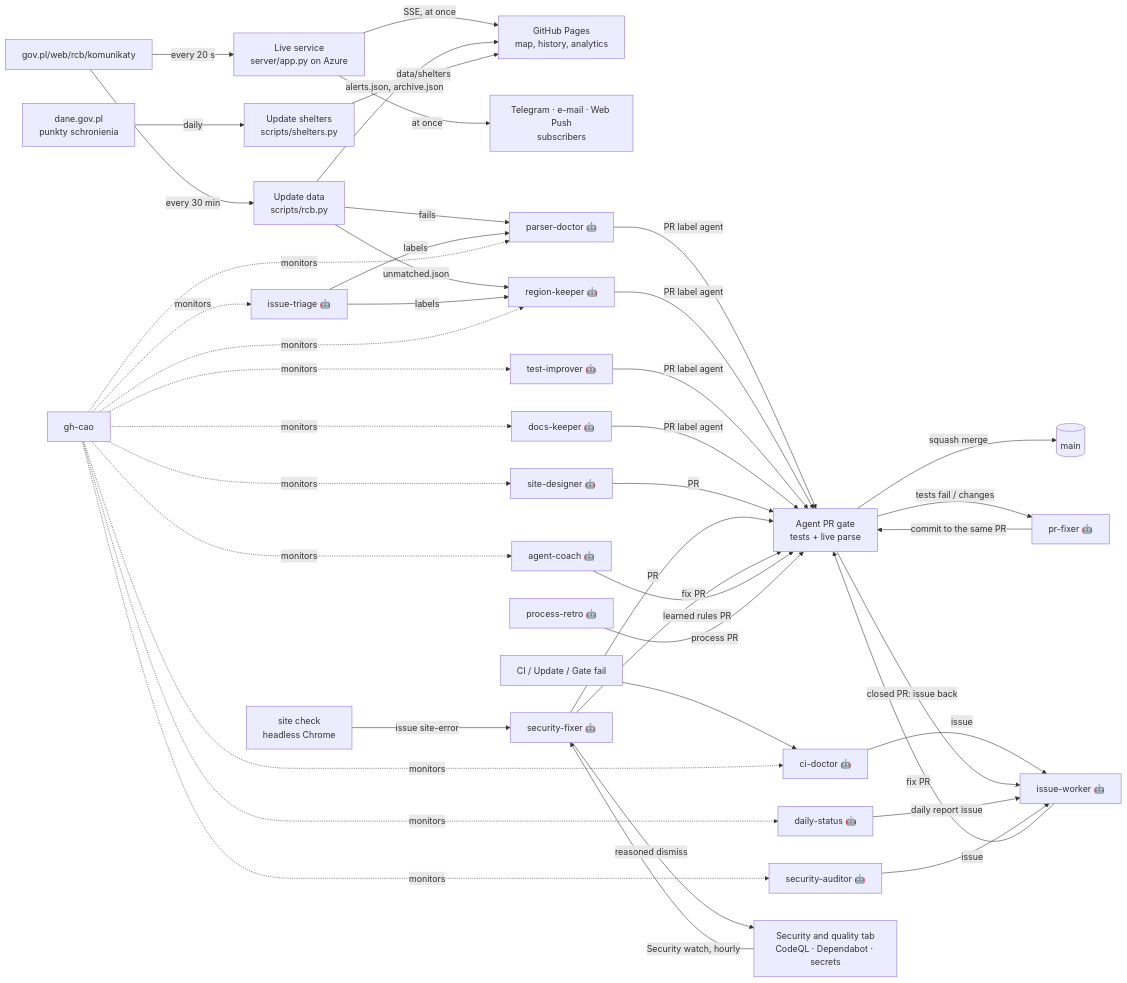
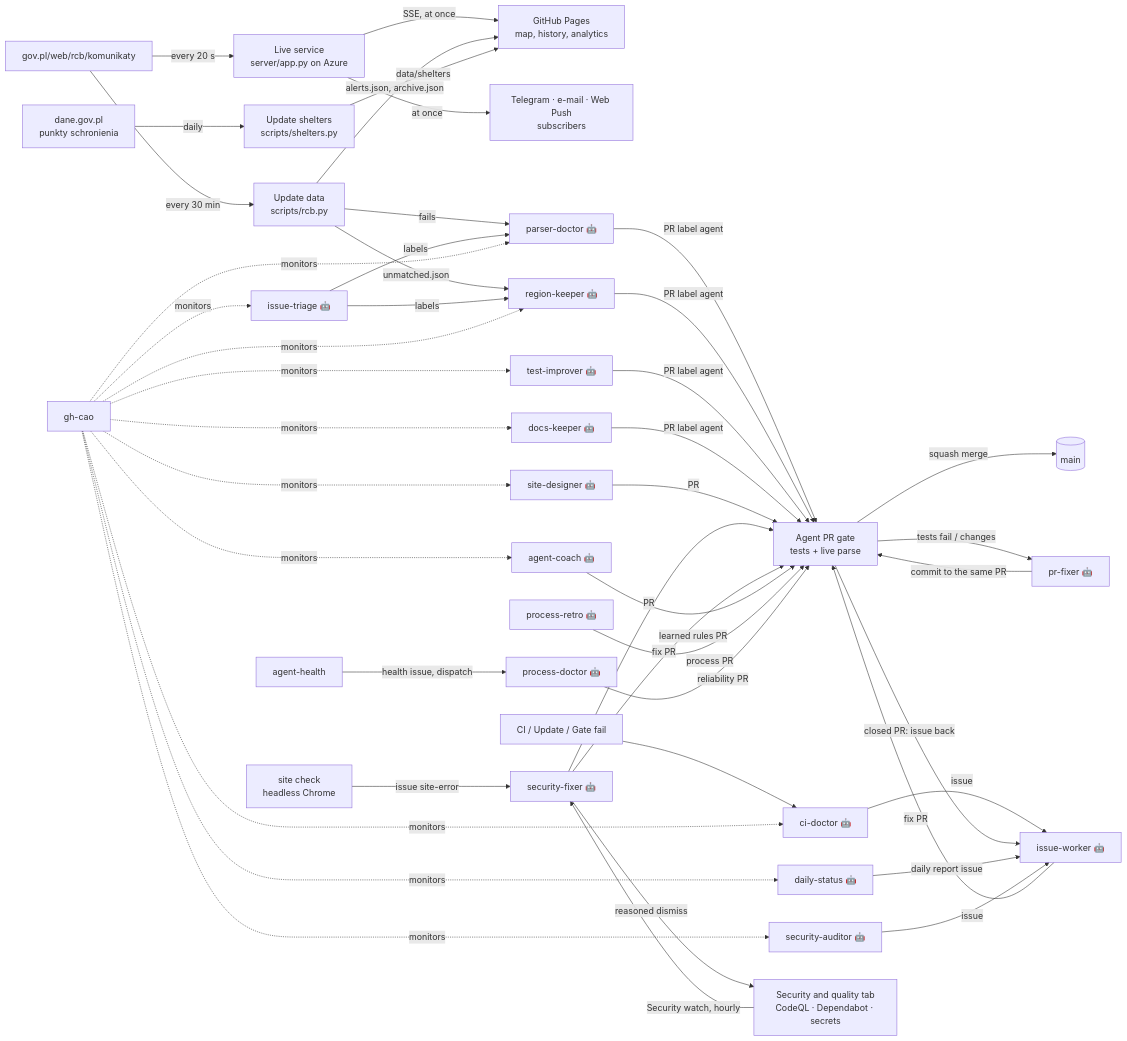
One commit to casper-assistant-ai/alerty-pl changed the diagram in README.md. Above: the diagram before and after it, drawn with Mermaid. The commit also changed other lines of this file and 14 other files, not shown here.

````diff
--- a/README.md
+++ b/README.md
@@ -37,28 +37,29 @@
 ```mermaid
 flowchart LR
   RCB[gov.pl/web/rcb/komunikaty] -->|every 20 s| L[Live service<br/>server/app.py on Azure]
   L -->|SSE, at once| P
   L -->|at once| N[Telegram · e-mail · Web Push<br/>subscribers]
   RCB -->|every 30 min| U[Update data<br/>scripts/rcb.py]
   U -->|alerts.json, archive.json| P[GitHub Pages<br/>map, history, analytics]
   PSP[dane.gov.pl<br/>punkty schronienia] -->|daily| SH[Update shelters<br/>scripts/shelters.py] -->|data/shelters| P
   U -- fails --> PD[parser-doctor 🤖]
   U -- unmatched.json --> RK[region-keeper 🤖]
   CI[CI / Update / Gate fail] --> CD[ci-doctor 🤖] -->|issue| IW[issue-worker 🤖]
   PD & RK & TI[test-improver 🤖] & DK[docs-keeper 🤖] -->|PR label agent| G[Agent PR gate<br/>tests + live parse]
   G -->|squash merge| main[(main)]
   G -->|tests fail / changes| PF[pr-fixer 🤖] -->|commit to the same PR| G
   G -->|closed PR: issue back| IW
   IW -->|fix PR| G
   IT[issue-triage 🤖] -->|labels| RK & PD
   DS[daily-status 🤖] -->|daily report issue| IW
   SD[site-designer 🤖] -->|PR| G
   SC[site check<br/>headless Chrome] -->|issue site-error| SF[site-fixer 🤖]
   SF -->|PR| G
   SA[security-auditor 🤖] -->|issue| IW
   SQ[Security and quality tab<br/>CodeQL · Dependabot · secrets] -->|Security watch, hourly| SF[security-fixer 🤖] -->|fix PR| G
   SF -->|reasoned dismiss| SQ
   AC[agent-coach 🤖] -->|learned rules PR| G
   RETRO[process-retro 🤖] -->|process PR| G
+  AH[agent-health] -->|health issue, dispatch| PDOC[process-doctor 🤖] -->|reliability PR| G
   CAO[gh-cao] -.monitors.-> PD & RK & CD & DS & IT & TI & DK & SD & SA & AC
 ```
````
